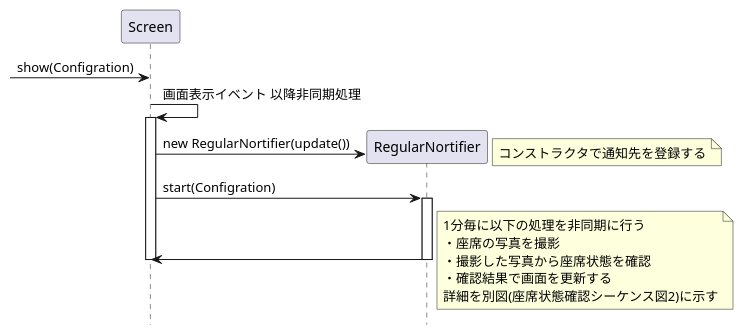
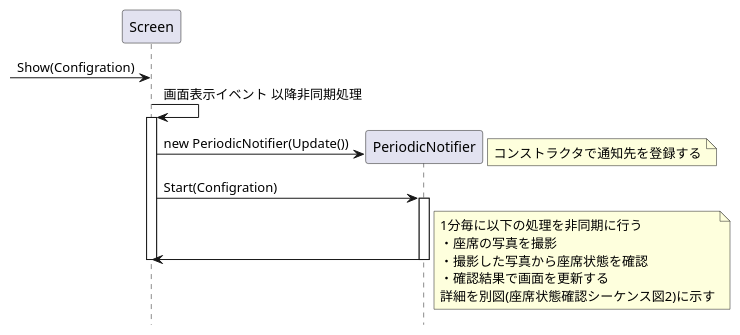
The diagram in doc/詳細設計/構成図(.pu)/座席状態確認シーケンス図.pu (KeisukeSugita/Seat-monitoring-system), drawn with PlantUML before and after one commit. The commit also changed 5 other files, not shown here.

```diff
--- a/doc/詳細設計/構成図(.pu)/座席状態確認シーケンス図.pu
+++ b/doc/詳細設計/構成図(.pu)/座席状態確認シーケンス図.pu
@@ -1,29 +1,29 @@
 @startuml 座席状態確認シーケンス図
 hide footbox
 
 participant "Screen" as Screen
-participant "RegularNortifier" as RegularNortifier
+participant "PeriodicNotifier" as PeriodicNotifier
 
--> Screen :show(Configration)
+-> Screen :Show(Configration)
 Screen -> Screen :画面表示イベント 以降非同期処理
 activate Screen
-create RegularNortifier
-Screen -> RegularNortifier :new RegularNortifier(update())
+create PeriodicNotifier
+Screen -> PeriodicNotifier :new PeriodicNotifier(Update())
 note right
 	コンストラクタで通知先を登録する
 end note
 
-Screen -> RegularNortifier :start(Configration)
-activate RegularNortifier
-Screen <- RegularNortifier
-deactivate RegularNortifier
+Screen -> PeriodicNotifier :Start(Configration)
+activate PeriodicNotifier
+Screen <- PeriodicNotifier
+deactivate PeriodicNotifier
 deactivate Screen
 note right
 	1分毎に以下の処理を非同期に行う
 	・座席の写真を撮影
 	・撮影した写真から座席状態を確認
 	・確認結果で画面を更新する
 	詳細を別図(座席状態確認シーケンス図2)に示す
 end note
 
 @enduml
```
